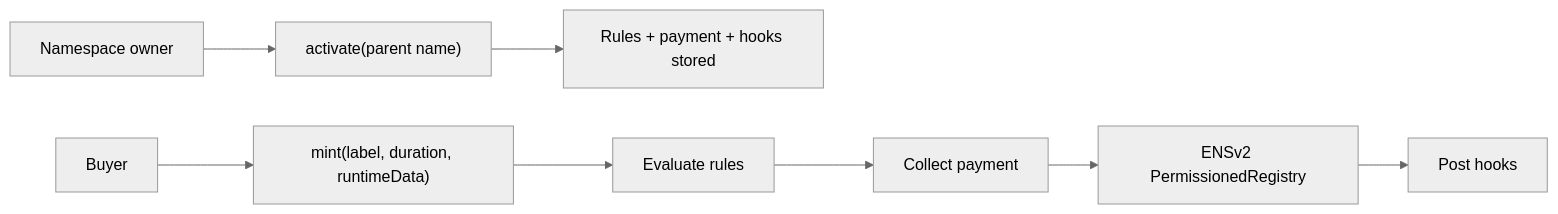
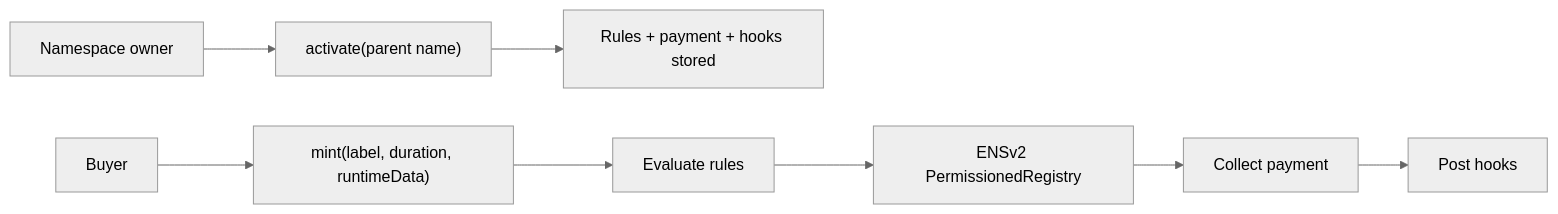
One commit to envoy1084/namespace-contracts-v2 changed the diagram in docs/01-overview.md. Above: the diagram before and after it, drawn with Mermaid (neutral theme). The commit also changed other lines of this file and 6 other files, not shown here.

Commit message:
docs: add namespace architecture gas review

````diff
--- a/docs/01-overview.md
+++ b/docs/01-overview.md
@@ -28,10 +28,10 @@
 ```mermaid
 flowchart LR
     Owner["Namespace owner"] --> Activate["activate(parent name)"]
     Activate --> Config["Rules + payment + hooks stored"]
     Buyer["Buyer"] --> Mint["mint(label, duration, runtimeData)"]
     Mint --> Rules["Evaluate rules"]
-    Rules --> Payment["Collect payment"]
-    Payment --> Registry["ENSv2 PermissionedRegistry"]
-    Registry --> Hooks["Post hooks"]
+    Rules --> Registry["ENSv2 PermissionedRegistry"]
+    Registry --> Payment["Collect payment"]
+    Payment --> Hooks["Post hooks"]
 ```
````
